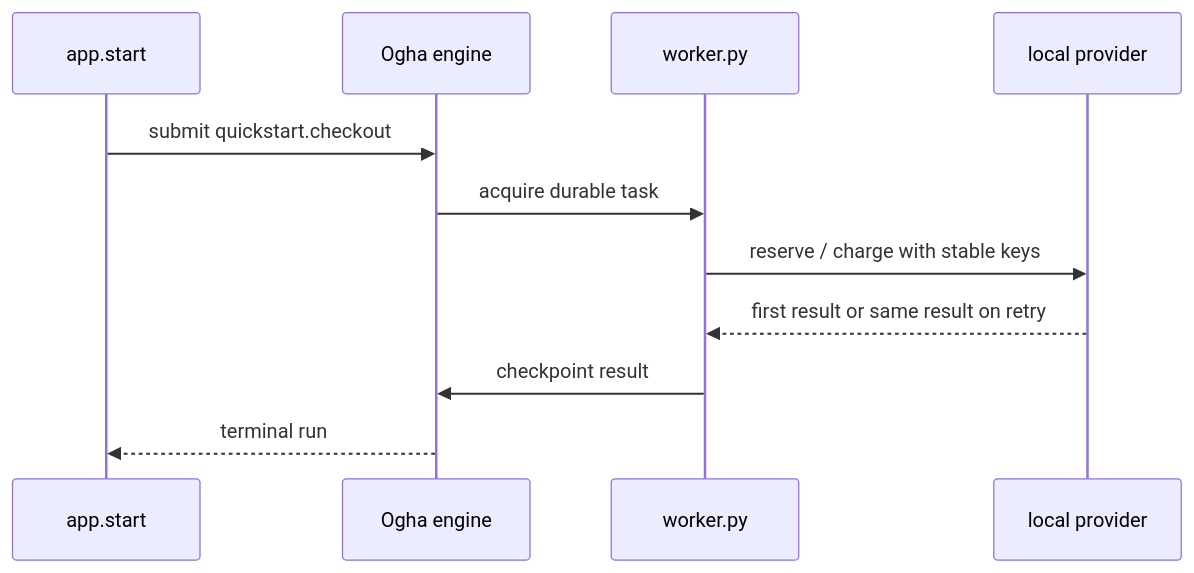
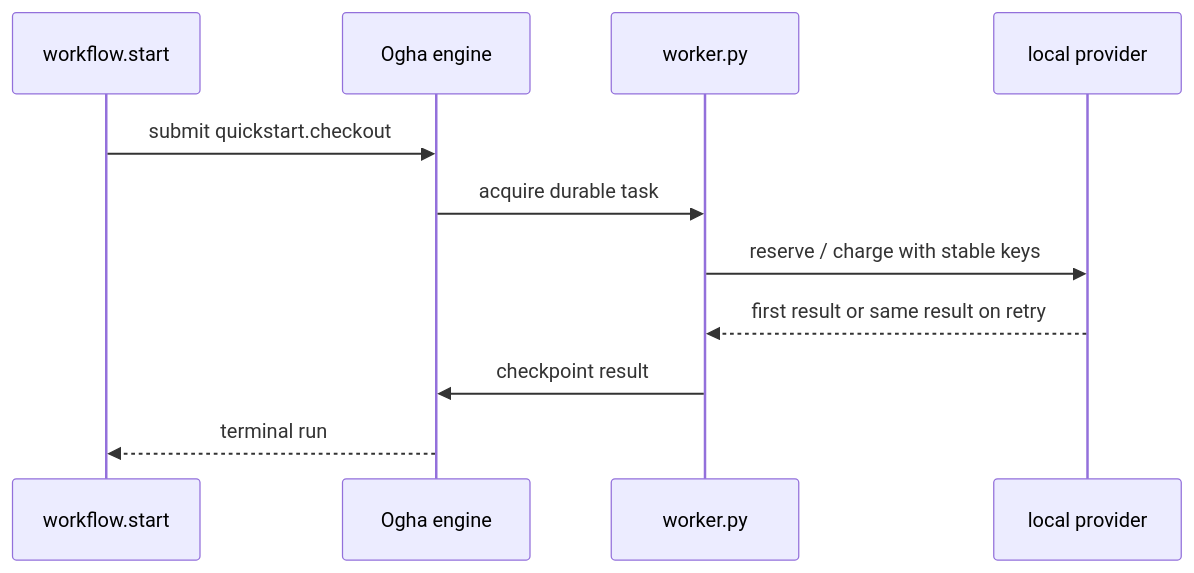
The first of 2 diagrams in docs/quickstart.md (vedhlabs/sdk-examples), drawn with Mermaid before and after one commit. The commit also changed other lines of this file and 33 other files, not shown here.

````diff
--- a/docs/quickstart.md
+++ b/docs/quickstart.md
@@ -9,13 +9,13 @@
 ```mermaid
 sequenceDiagram
-    participant S as app.start
+    participant S as workflow.start
     participant E as Ogha engine
     participant W as worker.py
     participant P as local provider
     S->>E: submit quickstart.checkout
     E->>W: acquire durable task
     W->>P: reserve / charge with stable keys
     P-->>W: first result or same result on retry
     W->>E: checkpoint result
     E-->>S: terminal run
 ```
````
